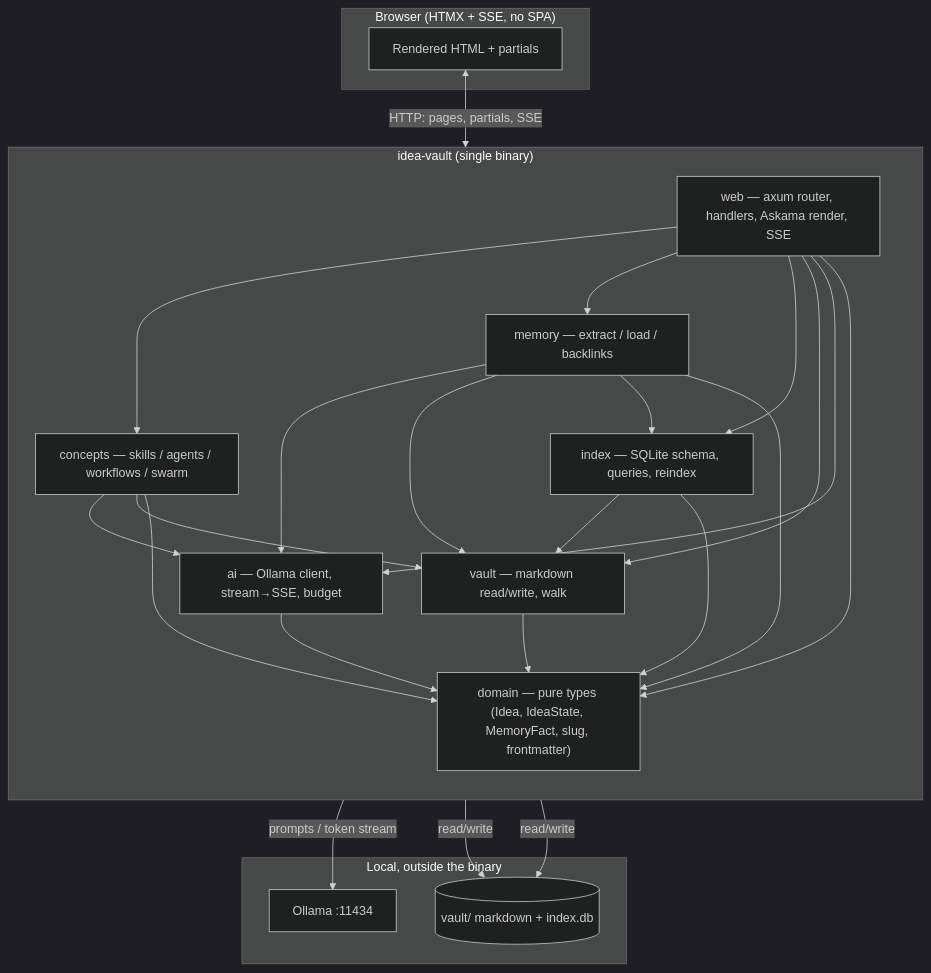
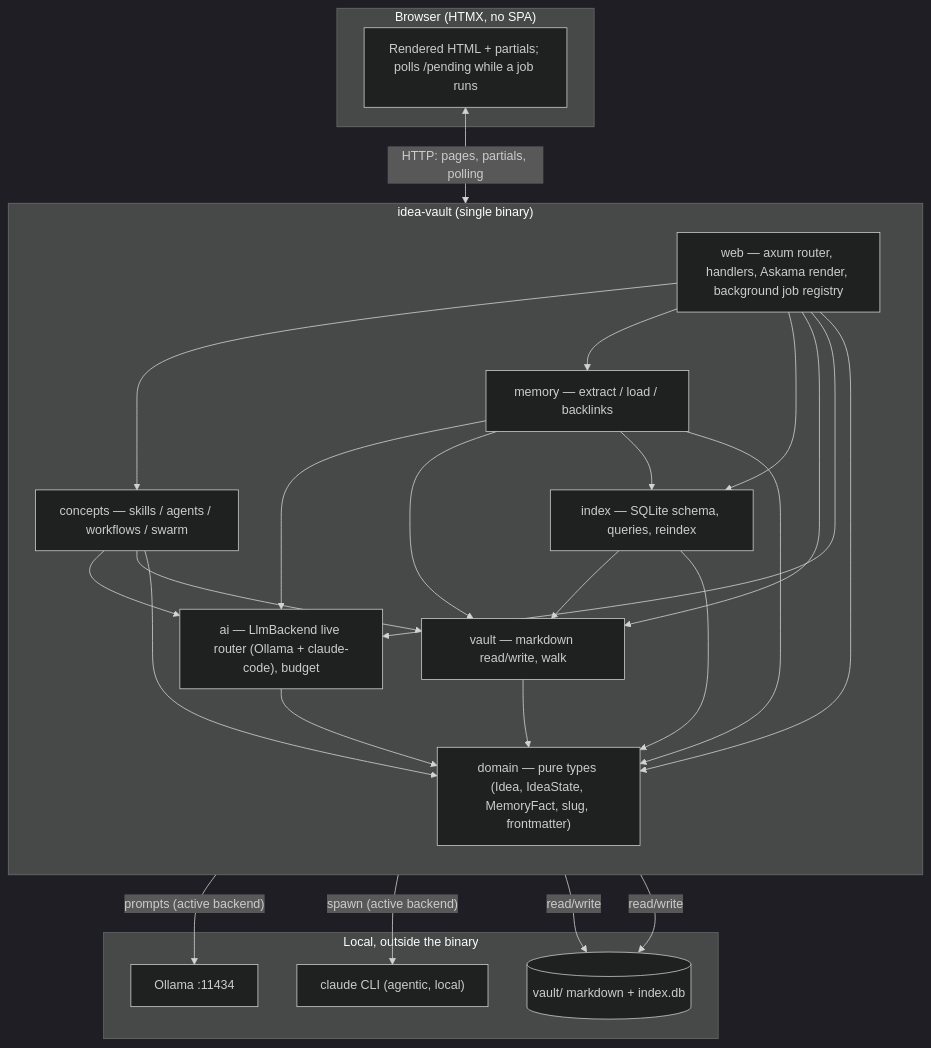
Before and after one commit to jasdian/idea-vault: the second of 3 diagrams in docs/01-architecture.md, drawn with Mermaid (dark theme). The commit also changed other lines of this file and 19 other files, not shown here.

````diff
--- a/docs/01-architecture.md
+++ b/docs/01-architecture.md
@@ -46,44 +49,46 @@
 ```mermaid
 flowchart TB
-    subgraph Browser["Browser (HTMX + SSE, no SPA)"]
-        UI["Rendered HTML + partials"]
+    subgraph Browser["Browser (HTMX, no SPA)"]
+        UI["Rendered HTML + partials; polls /pending while a job runs"]
     end
 
     subgraph Binary["idea-vault (single binary)"]
         direction TB
-        WEB["web — axum router, handlers, Askama render, SSE"]
+        WEB["web — axum router, handlers, Askama render, background job registry"]
         CONCEPTS["concepts — skills / agents / workflows / swarm"]
         MEMORY["memory — extract / load / backlinks"]
-        AI["ai — Ollama client, stream→SSE, budget"]
+        AI["ai — LlmBackend live router (Ollama + claude-code), budget"]
         INDEX["index — SQLite schema, queries, reindex"]
         VAULT["vault — markdown read/write, walk"]
         DOMAIN["domain — pure types (Idea, IdeaState, MemoryFact, slug, frontmatter)"]
     end
 
     subgraph External["Local, outside the binary"]
         OLLAMA["Ollama :11434"]
+        CLAUDECLI["claude CLI (agentic, local)"]
         DISK[("vault/ markdown + index.db")]
     end
 
-    UI <-->|"HTTP: pages, partials, SSE"| WEB
+    UI <-->|"HTTP: pages, partials, polling"| WEB
     WEB --> CONCEPTS
     WEB --> MEMORY
     WEB --> INDEX
     WEB --> VAULT
     WEB --> AI
     CONCEPTS --> AI
     CONCEPTS --> VAULT
     MEMORY --> AI
     MEMORY --> VAULT
     MEMORY --> INDEX
     INDEX --> VAULT
-    AI -->|prompts / token stream| OLLAMA
+    AI -->|"prompts (active backend)"| OLLAMA
+    AI -->|"spawn (active backend)"| CLAUDECLI
     VAULT -->|read/write| DISK
     INDEX -->|read/write| DISK
     CONCEPTS --> DOMAIN
     MEMORY --> DOMAIN
     AI --> DOMAIN
     INDEX --> DOMAIN
     VAULT --> DOMAIN
     WEB --> DOMAIN
 ```
````
